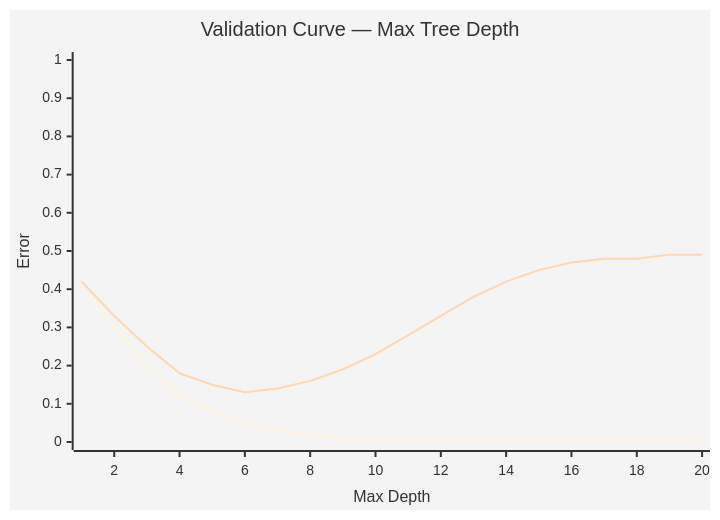
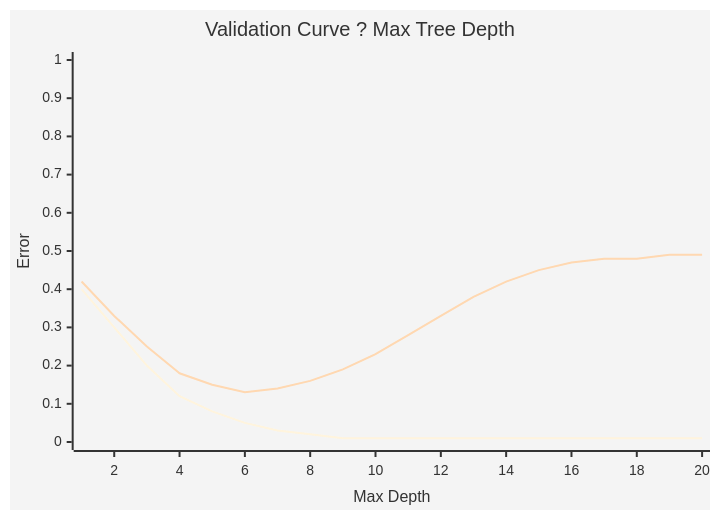
The sixth of 7 diagrams in docs/courses/machine-learning/10-model-evaluation.md (Raushan666java/ai-engineering-journey), drawn with Mermaid before and after one commit. The commit also changed other lines of this file and 790 other files, not shown here.

Commit message:
Sync all course diagram renders and content updates

````diff
--- a/docs/courses/machine-learning/10-model-evaluation.md
+++ b/docs/courses/machine-learning/10-model-evaluation.md
@@ -226,12 +226,12 @@
 ```mermaid
 ---
 title: Validation Curve for Tree Depth
 ---
 %%{init: {'theme': 'base'}}%%
 xychart-beta
-    title "Validation Curve — Max Tree Depth"
+    title "Validation Curve ? Max Tree Depth"
     x-axis "Max Depth" 1 --> 20
     y-axis "Error" 0 --> 1
     line "Training Error" [0.4, 0.3, 0.2, 0.12, 0.08, 0.05, 0.03, 0.02, 0.01, 0.01, 0.01, 0.01, 0.01, 0.01, 0.01, 0.01, 0.01, 0.01, 0.01, 0.01]
     line "Validation Error" [0.42, 0.33, 0.25, 0.18, 0.15, 0.13, 0.14, 0.16, 0.19, 0.23, 0.28, 0.33, 0.38, 0.42, 0.45, 0.47, 0.48, 0.48, 0.49, 0.49]
 ```
````
